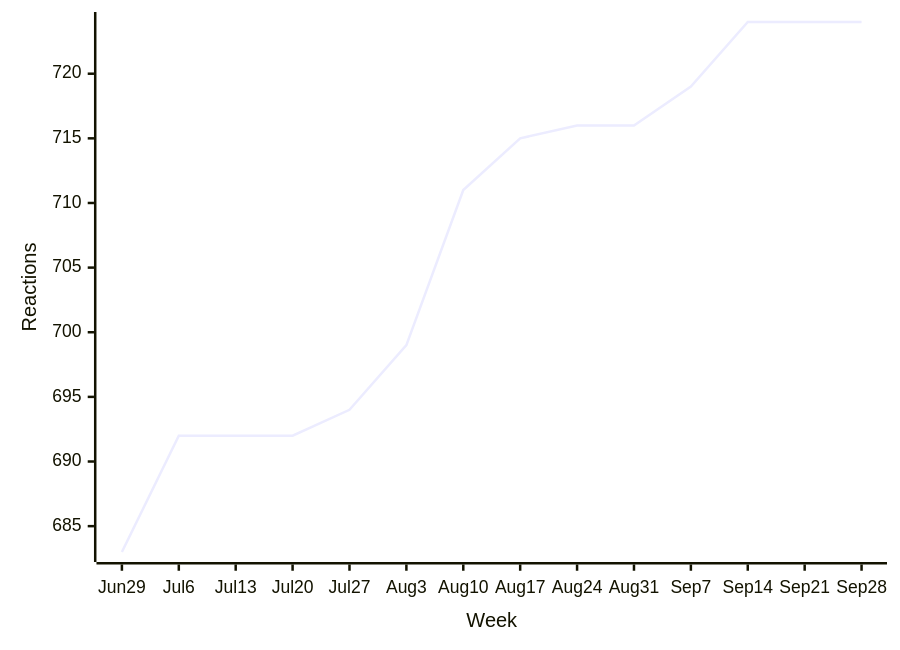
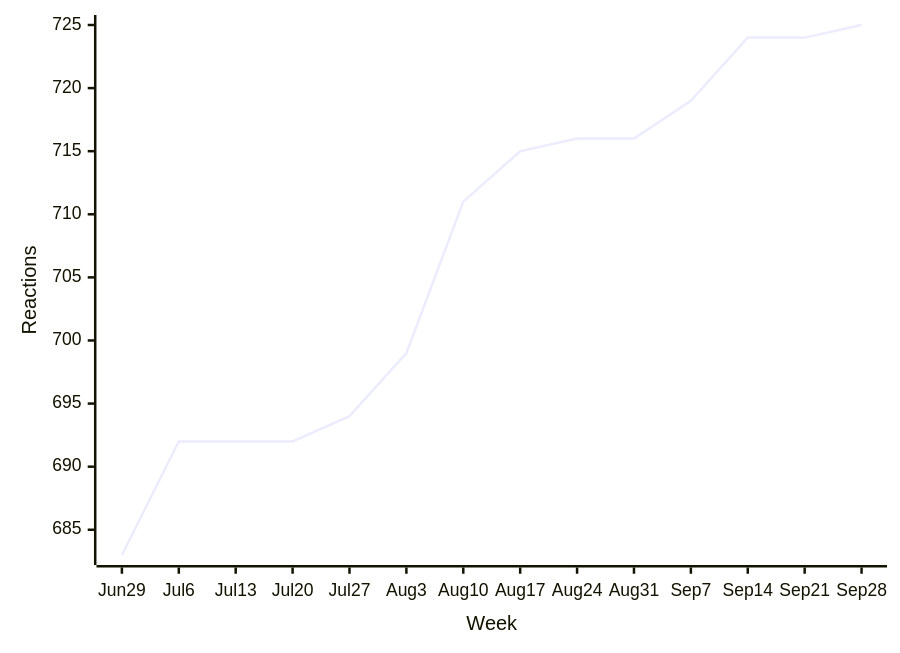
One commit to loic-sharma/github-insights changed the first of 40 diagrams in README.md. Above: the diagram before and after it, drawn with Mermaid. The commit also changed other lines of this file and 3 other files, not shown here.

````diff
--- a/README.md
+++ b/README.md
@@ -324,6 +324,6 @@
   ```mermaid
   xychart-beta
     x-axis "Week" [Jun 29, Jul 6, Jul 13, Jul 20, Jul 27, Aug 3, Aug 10, Aug 17, Aug 24, Aug 31, Sep 7, Sep 14, Sep 21, Sep 28]
     y-axis "Reactions"
-    line [683, 692, 692, 692, 694, 699, 711, 715, 716, 716, 719, 724, 724, 724]
+    line [683, 692, 692, 692, 694, 699, 711, 715, 716, 716, 719, 724, 724, 725]
   ```
````
